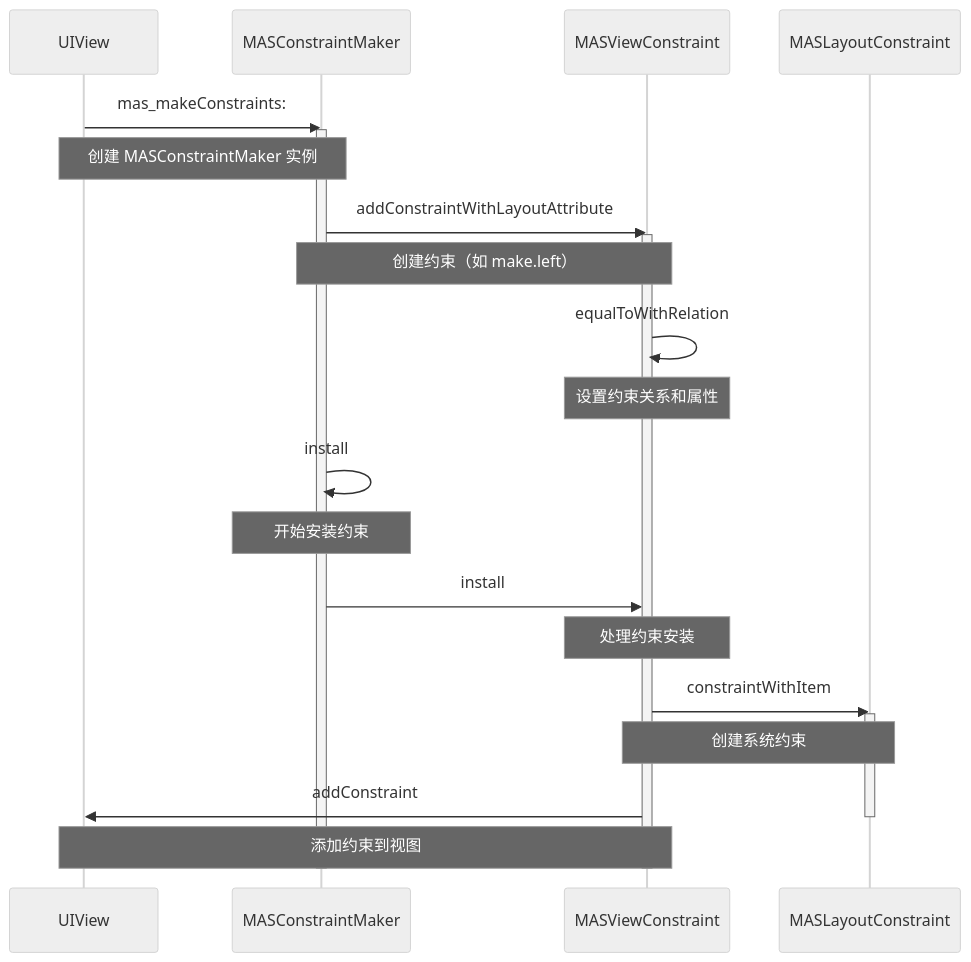
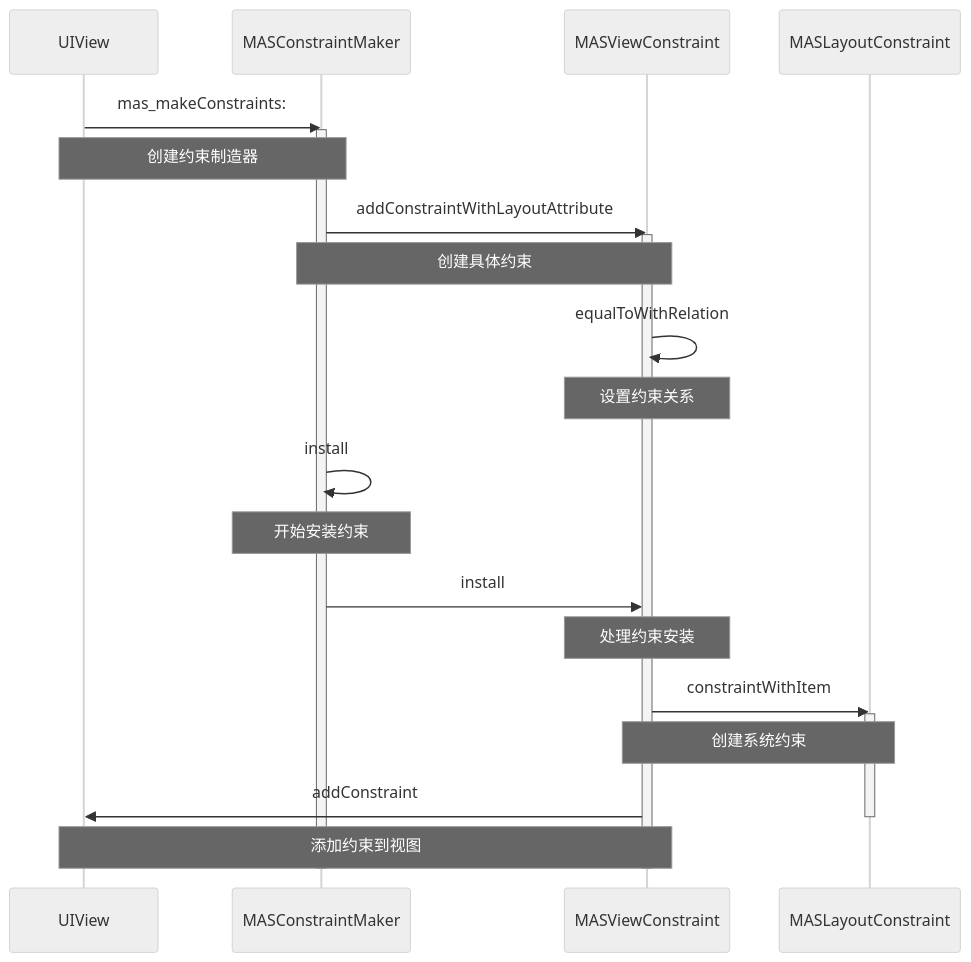
The diagram in docs/iOS/masonry_source_probe.md (tamarous/blog), drawn with Mermaid (neutral theme) before and after one commit. The commit also changed other lines of this file, not shown here.

````diff
--- a/docs/iOS/masonry_source_probe.md
+++ b/docs/iOS/masonry_source_probe.md
@@ -378,35 +172,35 @@
 ```mermaid
 sequenceDiagram
     participant View as UIView
     participant Maker as MASConstraintMaker
     participant Constraint as MASViewConstraint
     participant Layout as MASLayoutConstraint
 
     View->>Maker: mas_makeConstraints:
     activate Maker
-    Note over View,Maker: 创建 MASConstraintMaker 实例
+    Note over View,Maker: 创建约束制造器
     
     Maker->>Constraint: addConstraintWithLayoutAttribute
     activate Constraint
-    Note over Maker,Constraint: 创建约束（如 make.left）
+    Note over Maker,Constraint: 创建具体约束
     
     Constraint->>Constraint: equalToWithRelation
-    Note over Constraint: 设置约束关系和属性
+    Note over Constraint: 设置约束关系
     
     Maker->>Maker: install
     Note over Maker: 开始安装约束
     
     Maker->>Constraint: install
     Note over Constraint: 处理约束安装
     
     Constraint->>Layout: constraintWithItem
     activate Layout
     Note over Constraint,Layout: 创建系统约束
     
     Constraint->>View: addConstraint
     deactivate Layout
     Note over Constraint,View: 添加约束到视图
     
     deactivate Constraint
     deactivate Maker
 ```
````
